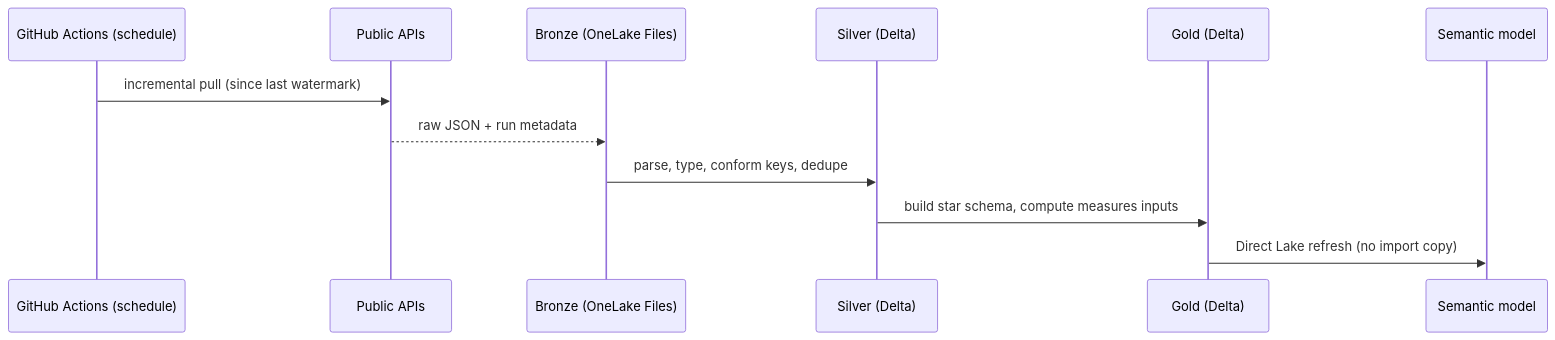
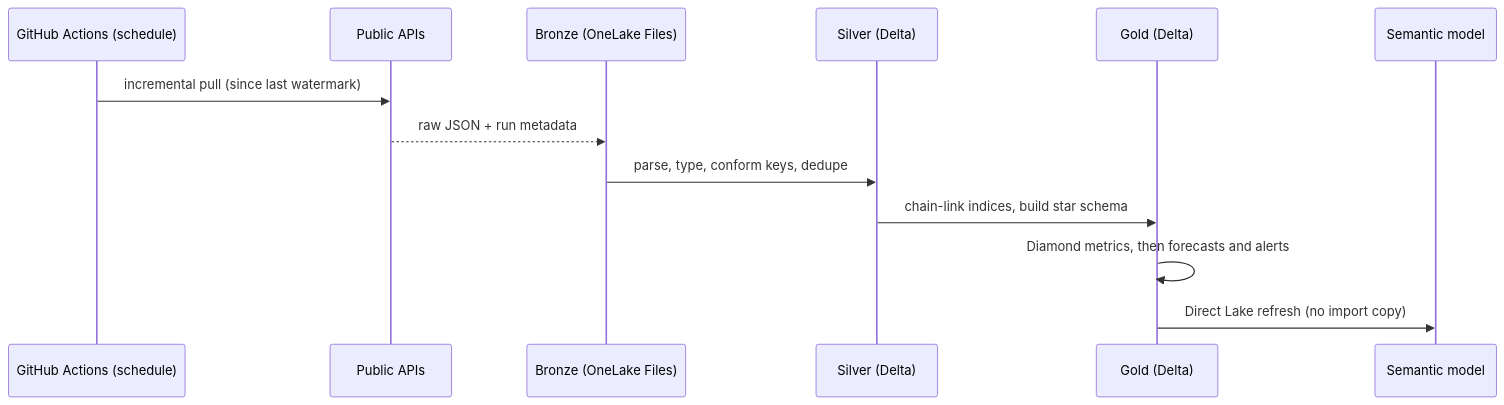
The diagram in docs/architecture.md (alejandrocaldentey/fabric-lakehouse-food-prices), drawn with Mermaid before and after one commit. The commit also changed other lines of this file and 9 other files, not shown here.

Commit message:
Publish forecasts, alerts and platform metadata atomically by run id; ADR 0009 on where logic runs

````diff
--- a/docs/architecture.md
+++ b/docs/architecture.md
@@ -15,14 +18,15 @@
 ```mermaid
 sequenceDiagram
     participant GA as GitHub Actions (schedule)
     participant API as Public APIs
     participant B as Bronze (OneLake Files)
     participant S as Silver (Delta)
     participant G as Gold (Delta)
     participant SM as Semantic model
     GA->>API: incremental pull (since last watermark)
     API-->>B: raw JSON + run metadata
     B->>S: parse, type, conform keys, dedupe
-    S->>G: build star schema, compute measures inputs
+    S->>G: chain-link indices, build star schema
+    G->>G: Diamond metrics, then forecasts and alerts
     G->>SM: Direct Lake refresh (no import copy)
 ```
````
